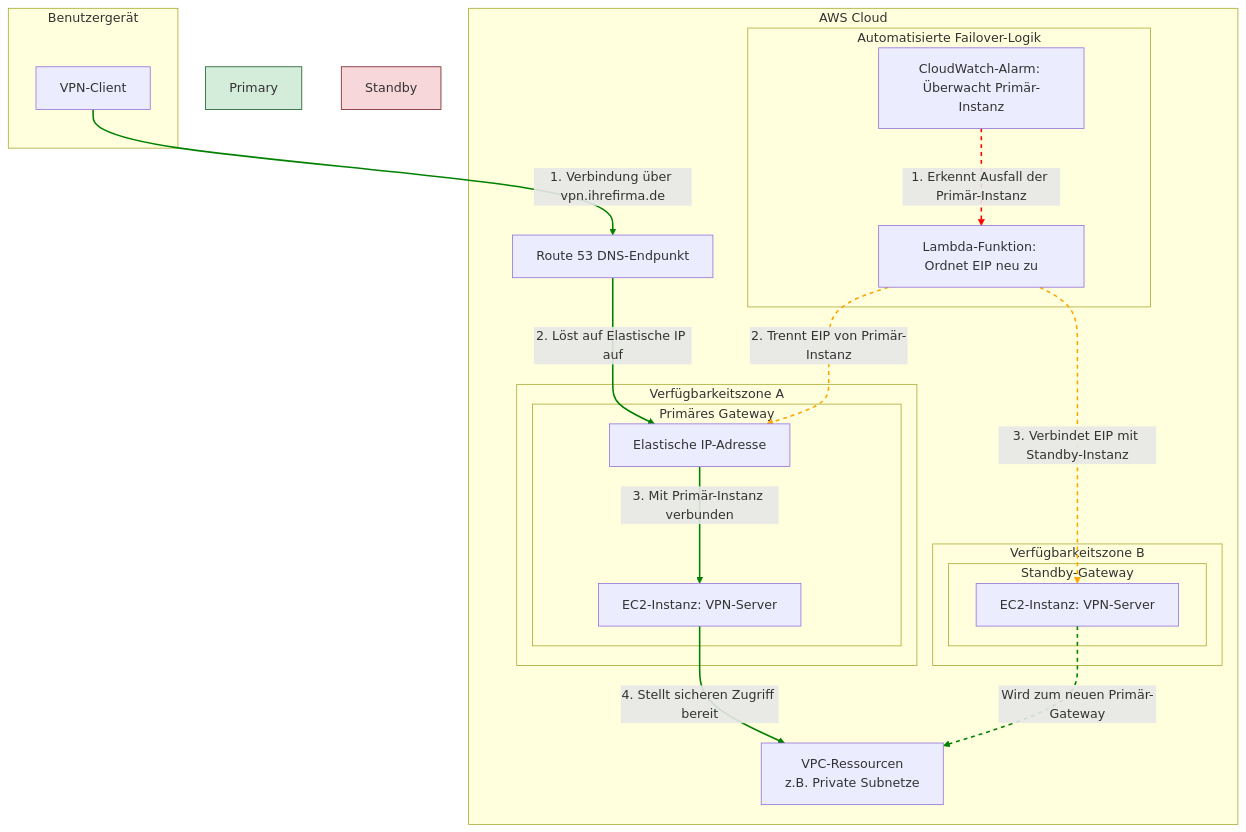
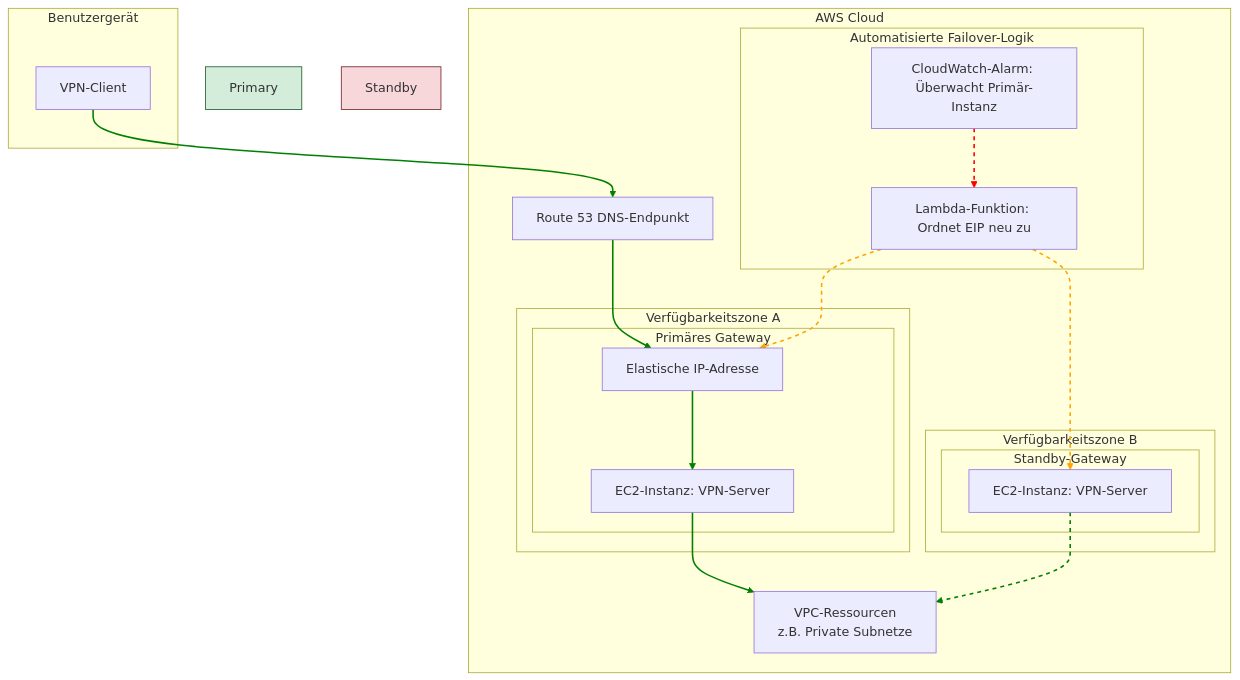
One commit to VDarius-IT/Web_App_Security_Testing_and_Hardening changed the diagram in README_DE.md. Above: the diagram before and after it, drawn with Mermaid.

````diff
--- a/README_DE.md
+++ b/README_DE.md
@@ -60,61 +60,61 @@
 ```mermaid
 graph TD
     subgraph "Benutzergerät"
         U[VPN-Client]
     end
 
     subgraph "AWS Cloud"
         R53[Route 53 DNS-Endpunkt]
 
         subgraph "Verfügbarkeitszone A"
             subgraph "Primäres Gateway"
                 style Primary fill:#d4edda,stroke:#155724
                 P_EC2[EC2-Instanz: VPN-Server]
                 EIP[Elastische IP-Adresse]
             end
         end
 
         subgraph "Verfügbarkeitszone B"
             subgraph "Standby-Gateway"
                  style Standby fill:#f8d7da,stroke:#721c24
                  S_EC2[EC2-Instanz: VPN-Server]
             end
         end
 
         subgraph "Automatisierte Failover-Logik"
             CW[CloudWatch-Alarm: Überwacht Primär-Instanz]
             L[Lambda-Funktion: Ordnet EIP neu zu]
         end
 
         VPC[VPC-Ressourcen <br/> z.B. Private Subnetze]
     end
 
     %% --- Verbindungen und Abläufe ---
 
     %% Normalbetrieb (Steady State)
-    U -- "1. Verbindung über vpn.ihrefirma.de" --> R53
-    R53 -- "2. Löst auf Elastische IP auf" --> EIP
-    EIP -- "3. Mit Primär-Instanz verbunden" --> P_EC2
-    P_EC2 -- "4. Stellt sicheren Zugriff bereit" --> VPC
+    U  --> R53
+    R53  --> EIP
+    EIP  --> P_EC2
+    P_EC2  --> VPC
 
     %% Failover-Prozess
-    CW -- "1. Erkennt Ausfall der Primär-Instanz" --> L
-    L -- "2. Trennt EIP von Primär-Instanz" --> EIP
-    L -- "3. Verbindet EIP mit Standby-Instanz" --> S_EC2
-    S_EC2 -- "Wird zum neuen Primär-Gateway" --> VPC
+    CW  --> L
+    L --> EIP
+    L  --> S_EC2
+    S_EC2  --> VPC
 
     %% --- Link-Stile ---
     %% Stile werden in der Reihenfolge der Links oben angewendet.
     
     %% Links Normalbetrieb (0-3): Grün, Durchgezogen
     linkStyle 0 stroke-width:2px,fill:none,stroke:green;
     linkStyle 1 stroke-width:2px,fill:none,stroke:green;
     linkStyle 2 stroke-width:2px,fill:none,stroke:green;
     linkStyle 3 stroke-width:2px,fill:none,stroke:green;
 
     %% Failover-Links (4-7): Gestrichelt, mit passenden Farben
     linkStyle 4 stroke-width:2px,fill:none,stroke:red,stroke-dasharray: 5 5;
     linkStyle 5 stroke-width:2px,fill:none,stroke:orange,stroke-dasharray: 5 5;
     linkStyle 6 stroke-width:2px,fill:none,stroke:orange,stroke-dasharray: 5 5;
     linkStyle 7 stroke-width:2px,fill:none,stroke:green,stroke-dasharray: 5 5;
 ```
````
